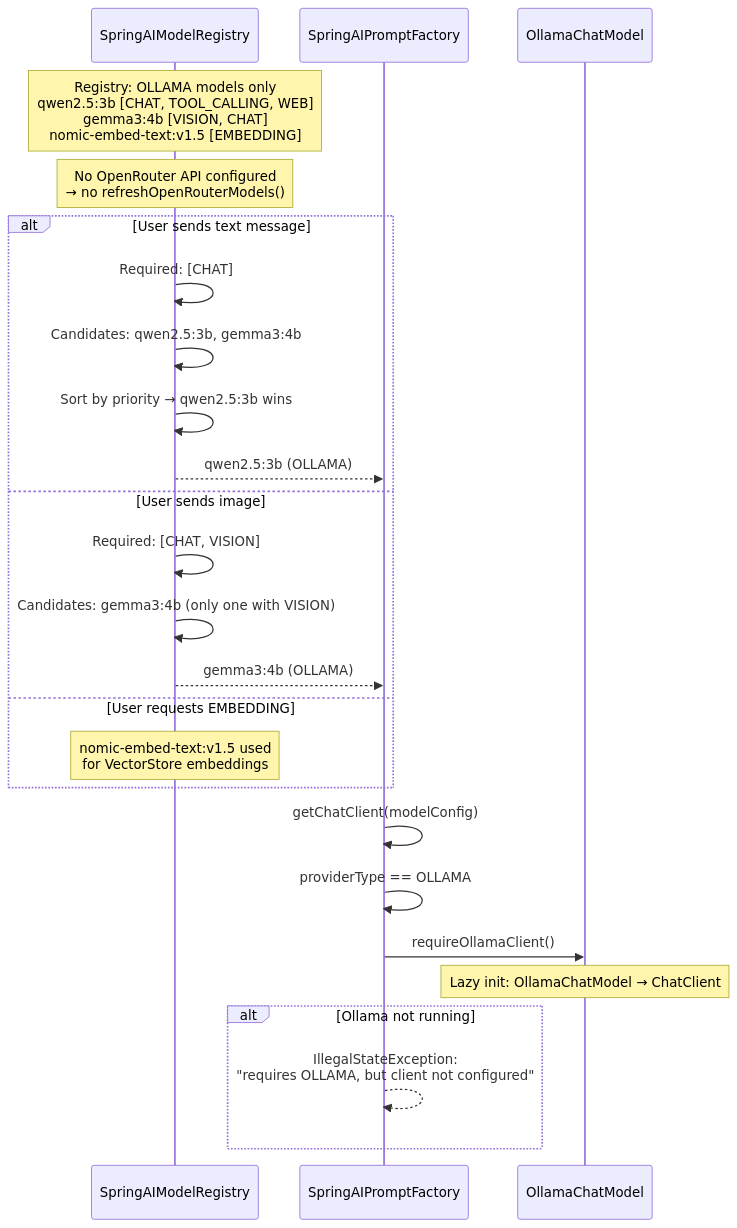
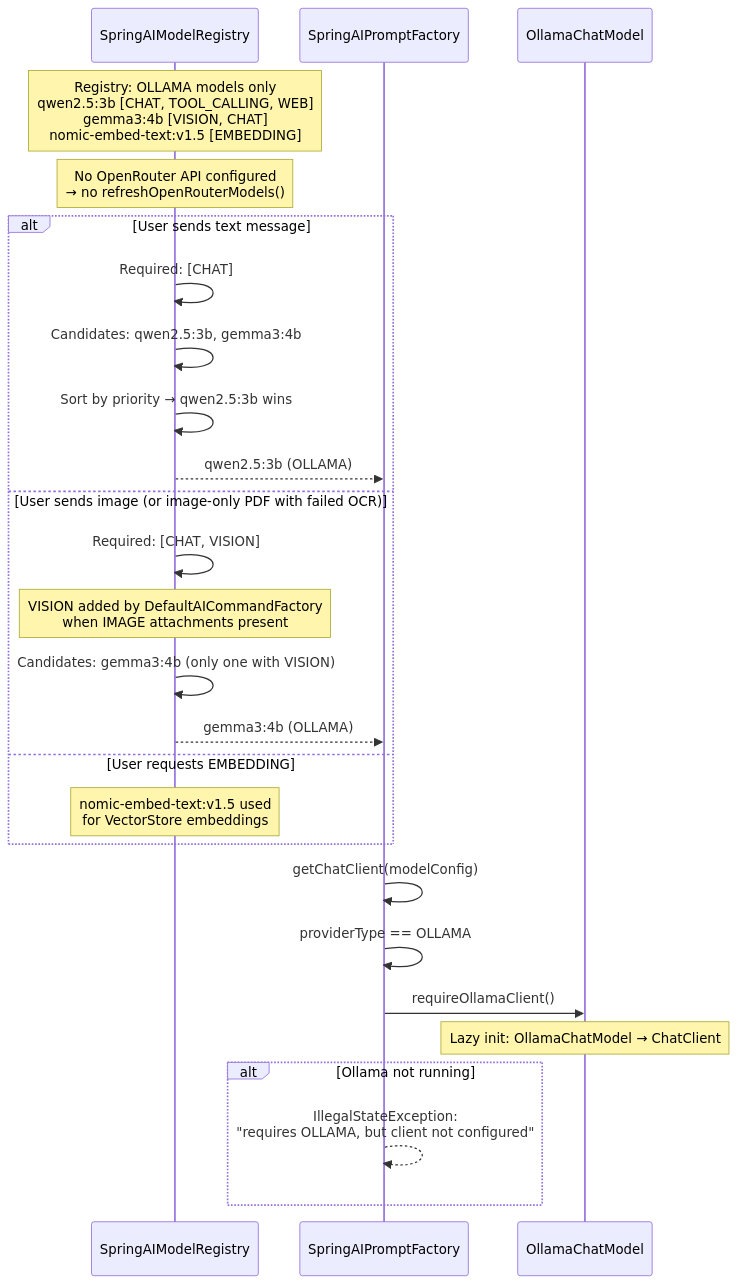
Before and after one commit to NGirchev/open-daimon: the fourth of 7 diagrams in docs/usecases/auto-mode-model-selection.md, drawn with Mermaid. The commit also changed other lines of this file and 13 other files, not shown here.

````diff
--- a/docs/usecases/auto-mode-model-selection.md
+++ b/docs/usecases/auto-mode-model-selection.md
@@ -136,32 +149,33 @@
 ```mermaid
 sequenceDiagram
     participant Reg as SpringAIModelRegistry
     participant PF as SpringAIPromptFactory
     participant Ollama as OllamaChatModel
 
     Note over Reg: Registry: OLLAMA models only<br/>qwen2.5:3b [CHAT, TOOL_CALLING, WEB]<br/>gemma3:4b [VISION, CHAT]<br/>nomic-embed-text:v1.5 [EMBEDDING]
 
     Note over Reg: No OpenRouter API configured<br/>→ no refreshOpenRouterModels()
 
     alt User sends text message
         Reg->>Reg: Required: [CHAT]
         Reg->>Reg: Candidates: qwen2.5:3b, gemma3:4b
         Reg->>Reg: Sort by priority → qwen2.5:3b wins
         Reg-->>PF: qwen2.5:3b (OLLAMA)
-    else User sends image
+    else User sends image (or image-only PDF with failed OCR)
         Reg->>Reg: Required: [CHAT, VISION]
+        Note over Reg: VISION added by DefaultAICommandFactory<br/>when IMAGE attachments present
         Reg->>Reg: Candidates: gemma3:4b (only one with VISION)
         Reg-->>PF: gemma3:4b (OLLAMA)
     else User requests EMBEDDING
         Note over Reg: nomic-embed-text:v1.5 used<br/>for VectorStore embeddings
     end
 
     PF->>PF: getChatClient(modelConfig)
     PF->>PF: providerType == OLLAMA
     PF->>Ollama: requireOllamaClient()
     Note over Ollama: Lazy init: OllamaChatModel → ChatClient
 
     alt Ollama not running
         PF-->>PF: IllegalStateException:<br/>"requires OLLAMA, but client not configured"
     end
 ```
````
